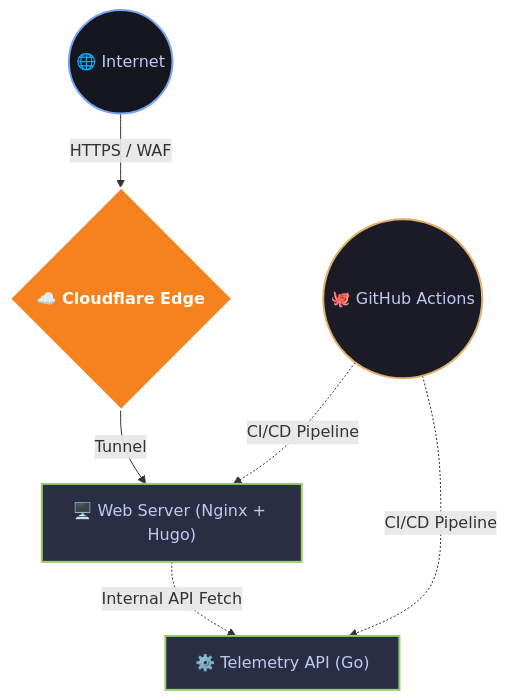
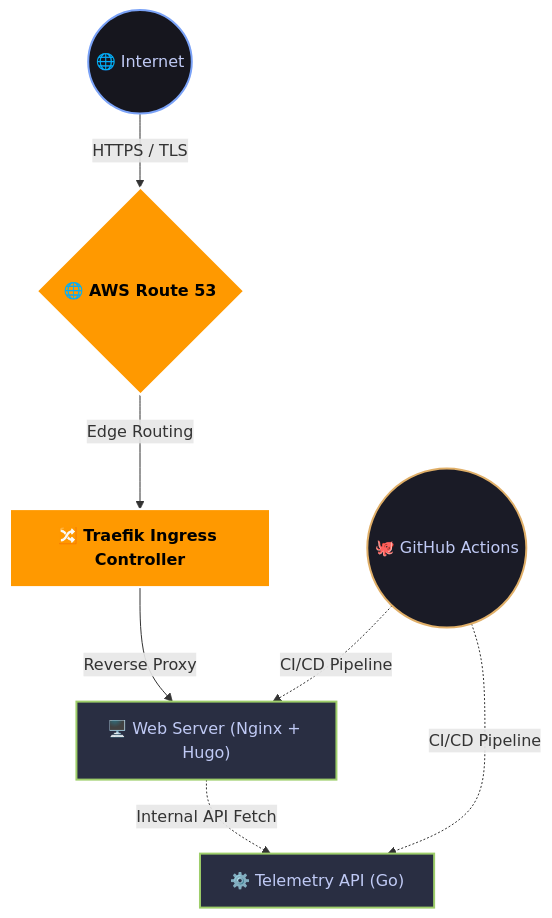
Before and after one commit to ezequieldlv/portfolio-sre: the diagram in README.md, drawn with Mermaid. The commit also changed other lines of this file, not shown here.

Commit message:
Revise README for AWS migration and routing updates
Updated the README to reflect the migration of the production environment to AWS and modified the routing architecture.

````diff
--- a/README.md
+++ b/README.md
@@ -24,14 +26,15 @@
 ```mermaid
 graph TD
     classDef user fill:#16161e,stroke:#7aa2f7,stroke-width:2px,color:#c0caf5
-    classDef cf fill:#f6821f,stroke:#fff,stroke-width:2px,color:#fff,font-weight:bold
+    classDef aws fill:#FF9900,stroke:#fff,stroke-width:2px,color:#000,font-weight:bold
     classDef app fill:#292e42,stroke:#9ece6a,stroke-width:2px,color:#c0caf5
     classDef cicd fill:#1a1b26,stroke:#e0af68,stroke-width:2px,color:#c0caf5
 
-    User((🌐 Internet)):::user -->|HTTPS / WAF| CF{☁️ Cloudflare Edge}:::cf
-    CF -->|Tunnel| Frontend["🖥️ Web Server (Nginx + Hugo)"]:::app
+    User((🌐 Internet)):::user -->|HTTPS / TLS| R53{🌐 AWS Route 53}:::aws
+    R53 -->|Edge Routing| Traefik[🔀 Traefik Ingress Controller]:::aws
+    Traefik -->|Reverse Proxy| Frontend["🖥️ Web Server (Nginx + Hugo)"]:::app
     Frontend -.->|Internal API Fetch| Backend["⚙️ Telemetry API (Go)"]:::app
     
     GitHub((🐙 GitHub Actions)):::cicd -.->|CI/CD Pipeline| Frontend
     GitHub -.->|CI/CD Pipeline| Backend
 ```
````
